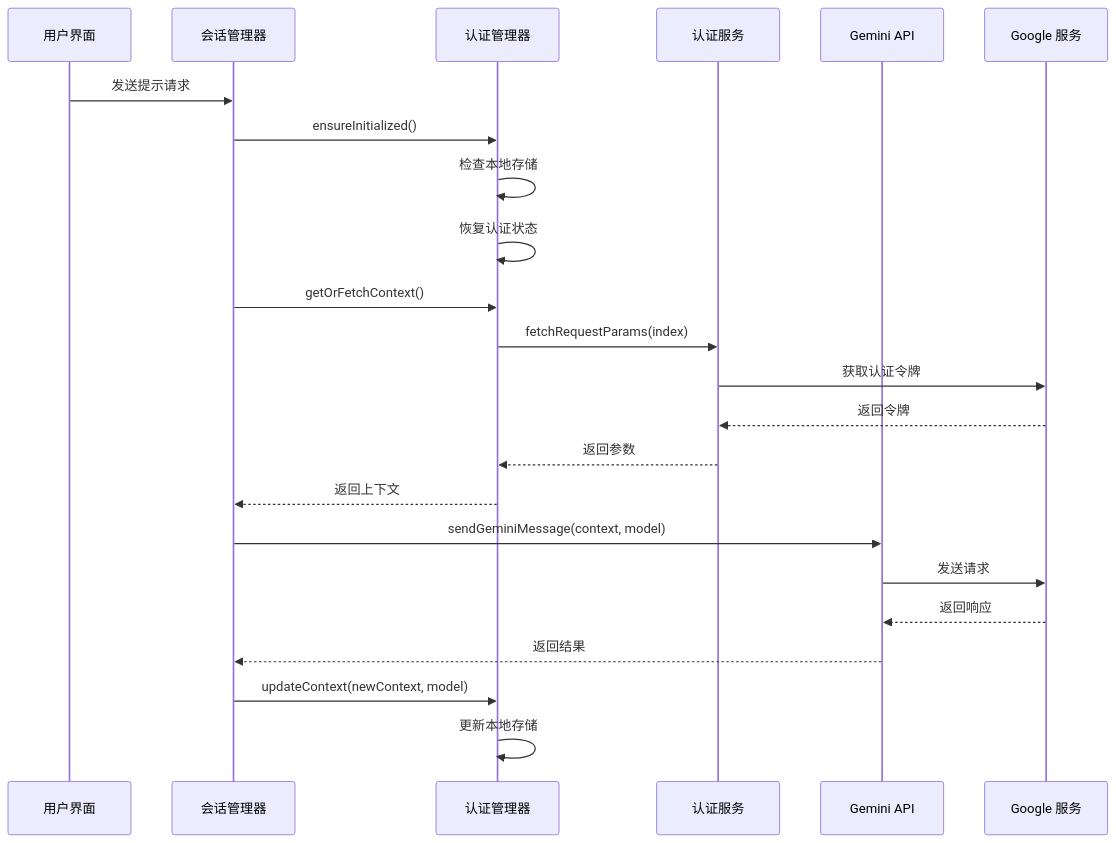
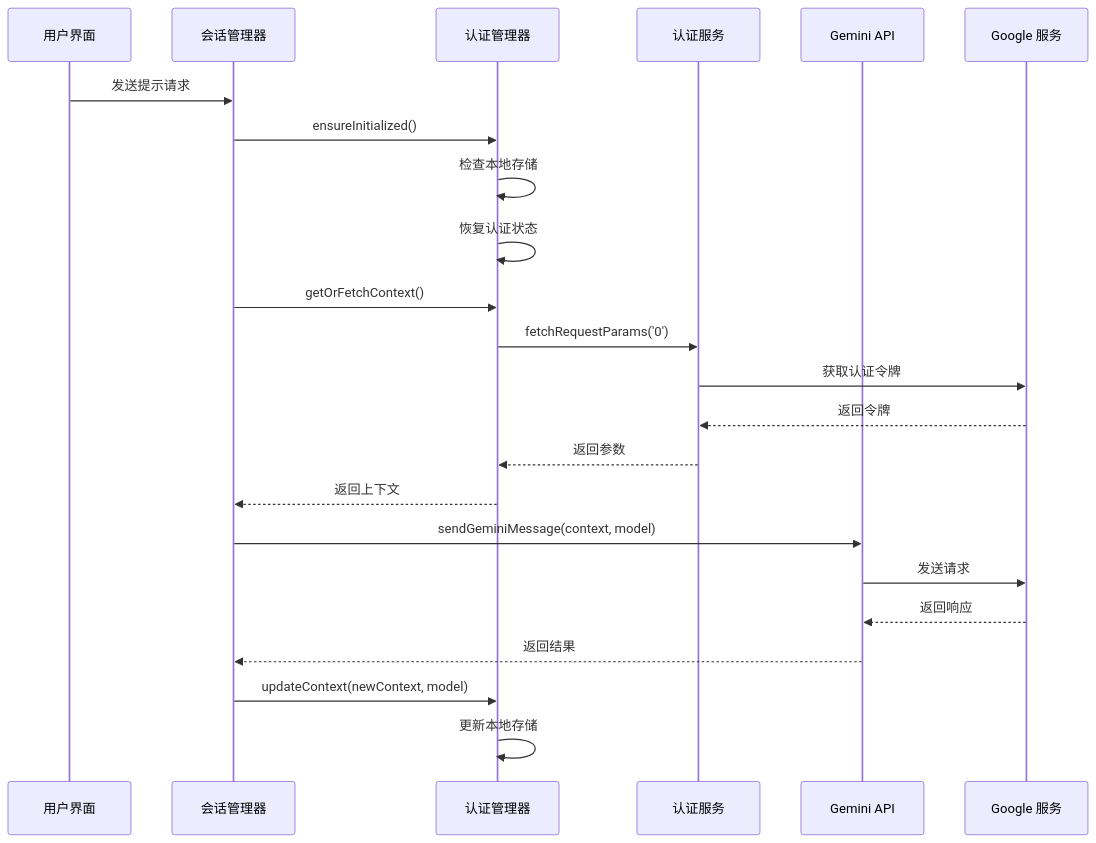
Before and after one commit to SEVENTEEN-TAN/gemini-nexus: the second of 6 diagrams in .qoder/repowiki/zh/content/核心模块/认证管理器.md, drawn with Mermaid. The commit also changed other lines of this file and 17 other files, not shown here.

````diff
--- a/.qoder/repowiki/zh/content/核心模块/认证管理器.md
+++ b/.qoder/repowiki/zh/content/核心模块/认证管理器.md
@@ -106,25 +100,25 @@
 ```mermaid
 sequenceDiagram
 participant UI as 用户界面
 participant SM as 会话管理器
 participant AM as 认证管理器
 participant AU as 认证服务
 participant GA as Gemini API
 participant GS as Google 服务
 UI->>SM : 发送提示请求
 SM->>AM : ensureInitialized()
 AM->>AM : 检查本地存储
 AM->>AM : 恢复认证状态
 SM->>AM : getOrFetchContext()
-AM->>AU : fetchRequestParams(index)
+AM->>AU : fetchRequestParams('0')
 AU->>GS : 获取认证令牌
 GS-->>AU : 返回令牌
 AU-->>AM : 返回参数
 AM-->>SM : 返回上下文
 SM->>GA : sendGeminiMessage(context, model)
 GA->>GS : 发送请求
 GS-->>GA : 返回响应
 GA-->>SM : 返回结果
 SM->>AM : updateContext(newContext, model)
 AM->>AM : 更新本地存储
 ```
````
